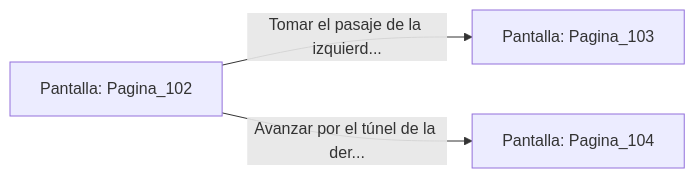
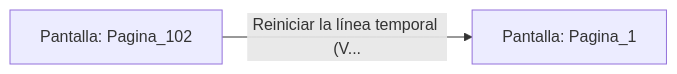
The diagram in sample/eligejuego-vault/Pantalla_Pagina_102.md (metsuke/mpl), drawn with Mermaid before and after one commit. The commit also changed other lines of this file and 635 other files, not shown here.

First line of the commit message:
fix: añadir Pagina_1 como pantalla inicial en capitulo_01.mpl

````diff
--- a/sample/eligejuego-vault/Pantalla_Pagina_102.md
+++ b/sample/eligejuego-vault/Pantalla_Pagina_102.md
@@ -20,6 +17,5 @@
 ```mermaid
 graph LR
     P_Pagina_102["Pantalla: Pagina_102"]
-    P_Pagina_102 -->|"Tomar el pasaje de la izquierd..."| P_Pagina_103["Pantalla: Pagina_103"]
-    P_Pagina_102 -->|"Avanzar por el túnel de la der..."| P_Pagina_104["Pantalla: Pagina_104"]
+    P_Pagina_102 -->|"Reiniciar la línea temporal (V..."| P_Pagina_1["Pantalla: Pagina_1"]
 ```
````
